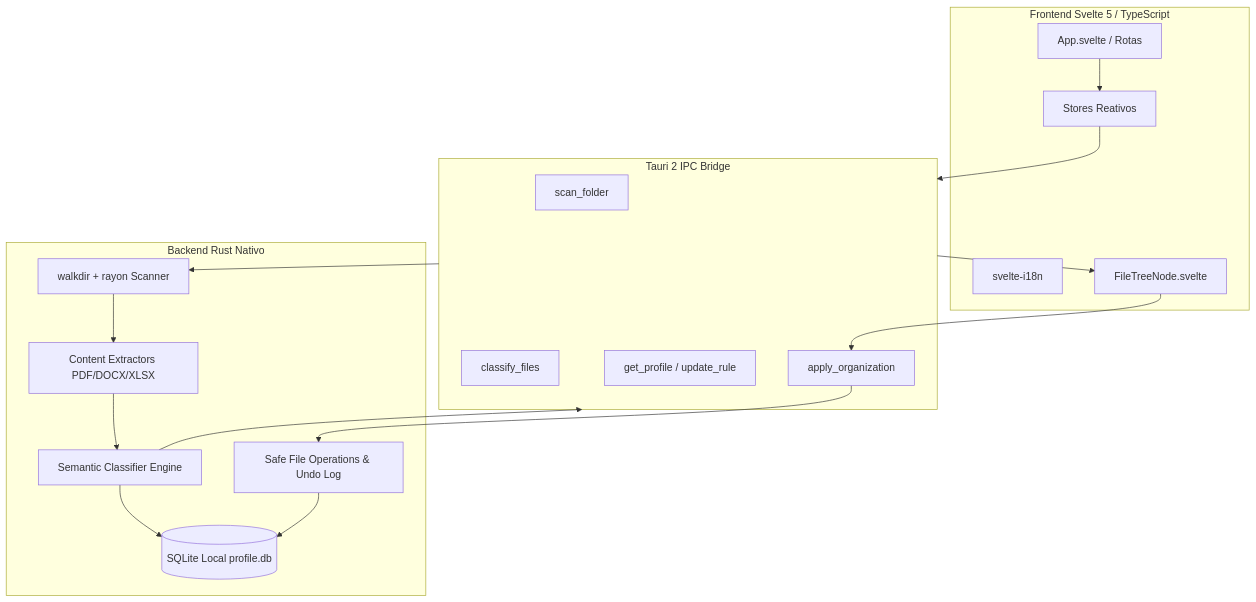
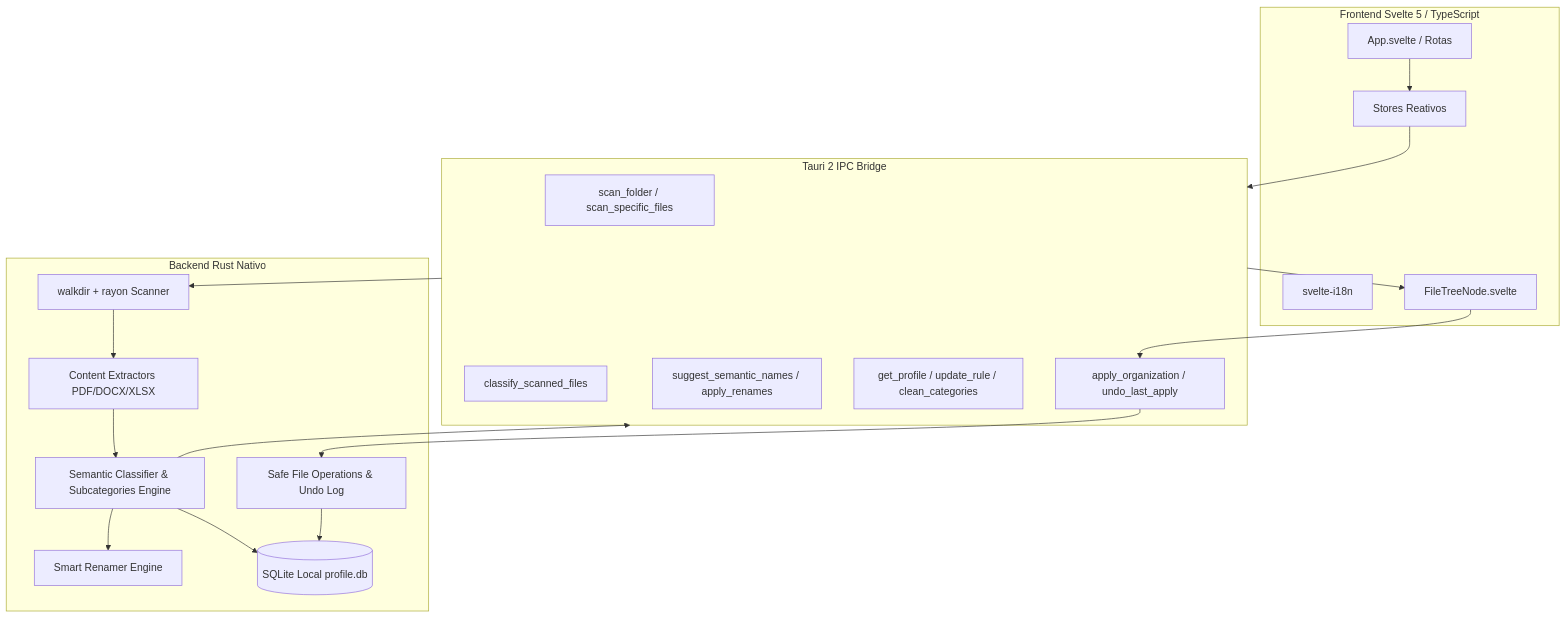
Before and after one commit to pongitV/Indexo: the second of 2 diagrams in README.md, drawn with Mermaid. The commit also changed other lines of this file and 1 other file, not shown here.

````diff
--- a/README.md
+++ b/README.md
@@ -99,36 +112,39 @@
 ```mermaid
 graph TD
     subgraph Frontend [Frontend Svelte 5 / TypeScript]
         UI[App.svelte / Rotas]
         ST[Stores Reativos]
         I18N[svelte-i18n]
         TREE[FileTreeNode.svelte]
     end
 
     subgraph IPC [Tauri 2 IPC Bridge]
-        CMD_SCAN[scan_folder]
-        CMD_CLASS[classify_files]
-        CMD_APPLY[apply_organization]
-        CMD_PROF[get_profile / update_rule]
+        CMD_SCAN[scan_folder / scan_specific_files]
+        CMD_CLASS[classify_scanned_files]
+        CMD_APPLY[apply_organization / undo_last_apply]
+        CMD_RENAME[suggest_semantic_names / apply_renames]
+        CMD_PROF[get_profile / update_rule / clean_categories]
     end
 
     subgraph Backend [Backend Rust Nativo]
         SCANNER[walkdir + rayon Scanner]
         EXTRACT[Content Extractors PDF/DOCX/XLSX]
-        ENGINE[Semantic Classifier Engine]
+        ENGINE[Semantic Classifier & Subcategories Engine]
+        RENAMER[Smart Renamer Engine]
         MOVER[Safe File Operations & Undo Log]
         DB[(SQLite Local profile.db)]
     end
 
     UI --> ST
     ST --> IPC
     IPC --> SCANNER
     SCANNER --> EXTRACT
     EXTRACT --> ENGINE
+    ENGINE --> RENAMER
     ENGINE --> DB
     ENGINE --> IPC
     IPC --> TREE
     TREE --> CMD_APPLY
     CMD_APPLY --> MOVER
     MOVER --> DB
 ```
````
